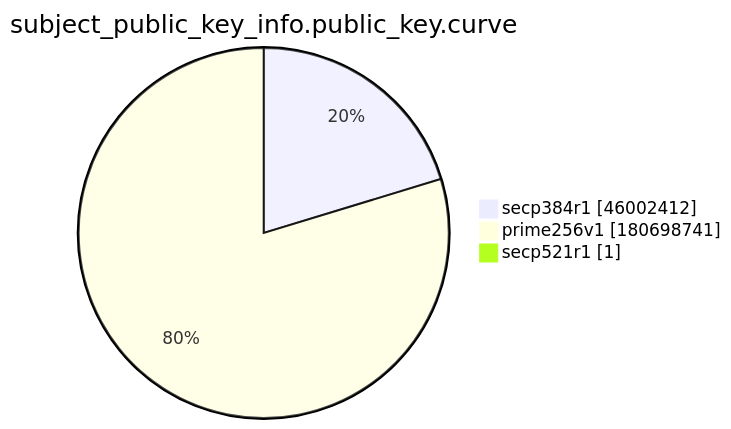
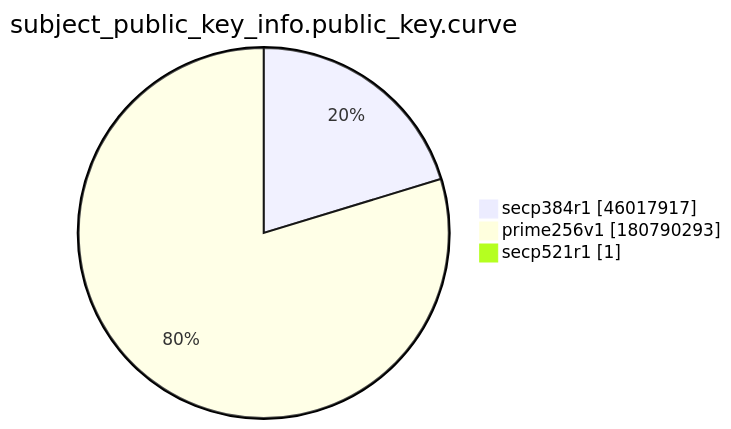
The ninth of 15 diagrams in xenon2022/README.md (christiankrug/ctmonitor_visualization), drawn with Mermaid before and after one commit. The commit also changed other lines of this file, not shown here.

````diff
--- a/xenon2022/README.md
+++ b/xenon2022/README.md
@@ -2873,7 +2874,7 @@
 ```mermaid
 pie showData
 title subject_public_key_info.public_key.curve
-"secp384r1" :46002412
-"prime256v1" :180698741
+"secp384r1" :46017917
+"prime256v1" :180790293
 "secp521r1" :1
 ```
````
